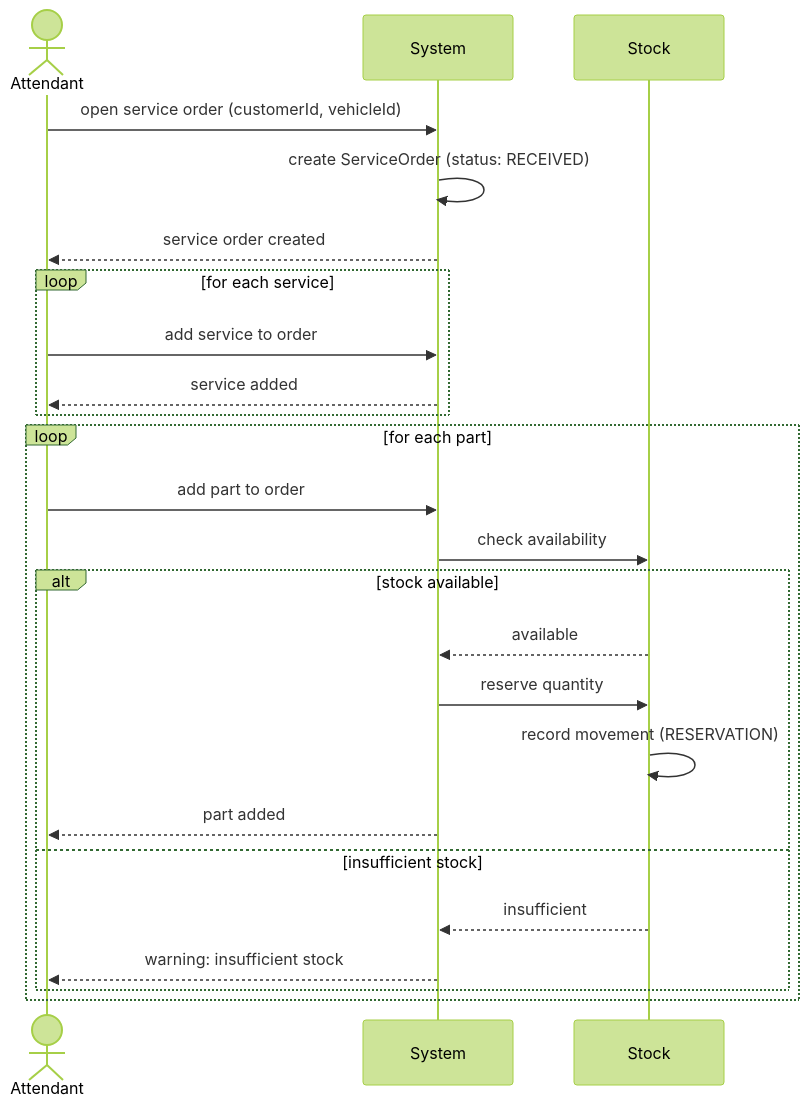
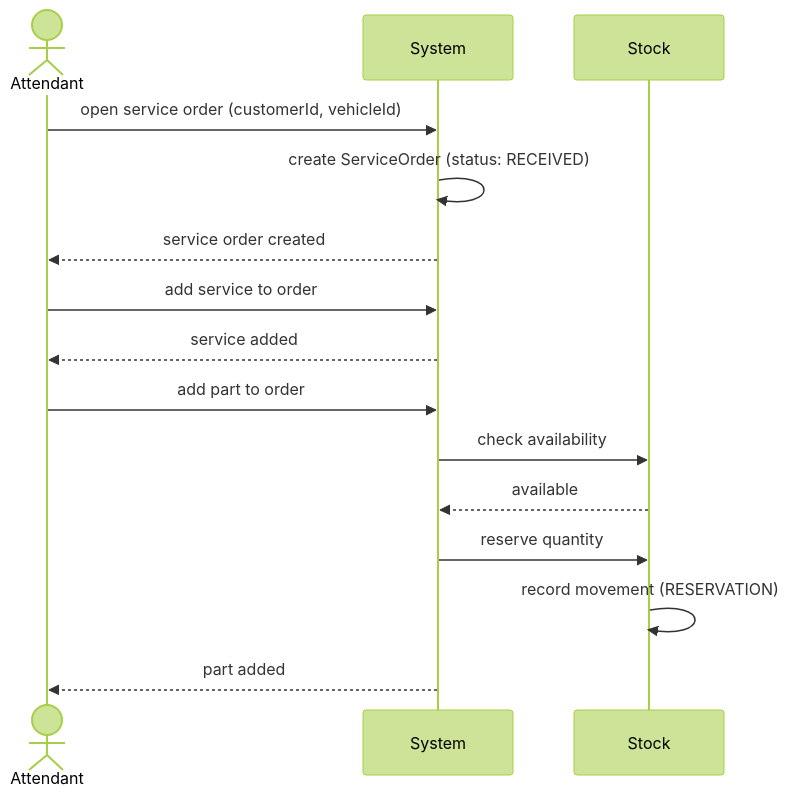
One commit to rnataoliveira/mechanics-software changed the fifth of 16 diagrams in docs/domain/domain-storytelling.md. Above: the diagram before and after it, drawn with Mermaid (forest theme). The commit also changed other lines of this file, not shown here.

````diff
--- a/docs/domain/domain-storytelling.md
+++ b/docs/domain/domain-storytelling.md
@@ -106,29 +164,20 @@
 ```mermaid
 sequenceDiagram
     actor Attendant
     participant System
     participant Stock
 
     Attendant->>System: open service order (customerId, vehicleId)
     System->>System: create ServiceOrder (status: RECEIVED)
     System-->>Attendant: service order created
 
-    loop for each service
-        Attendant->>System: add service to order
-        System-->>Attendant: service added
-    end
+    Attendant->>System: add service to order
+    System-->>Attendant: service added
 
-    loop for each part
-        Attendant->>System: add part to order
-        System->>Stock: check availability
-        alt stock available
-            Stock-->>System: available
-            System->>Stock: reserve quantity
-            Stock->>Stock: record movement (RESERVATION)
-            System-->>Attendant: part added
-        else insufficient stock
-            Stock-->>System: insufficient
-            System-->>Attendant: warning: insufficient stock
-        end
-    end
+    Attendant->>System: add part to order
+    System->>Stock: check availability
+    Stock-->>System: available
+    System->>Stock: reserve quantity
+    Stock->>Stock: record movement (RESERVATION)
+    System-->>Attendant: part added
 ```
````
